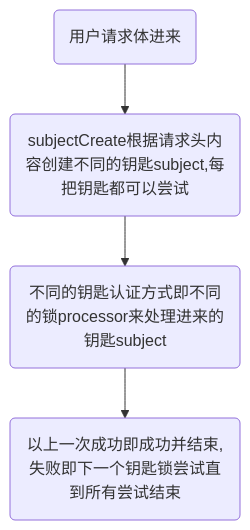
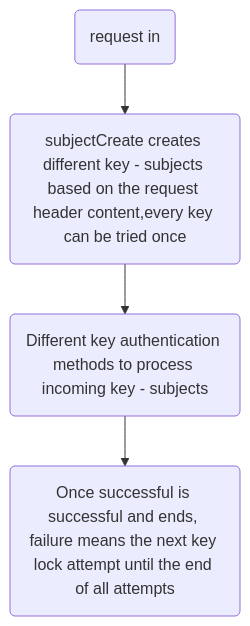
The diagram in docs/extend-point.md (dromara/sureness), drawn with Mermaid before and after one commit. The commit also changed other lines of this file and 67 other files, not shown here.

````diff
--- a/docs/extend-point.md
+++ b/docs/extend-point.md
@@ -16,7 +15,7 @@
 ```mermaid
 graph TD
-A(用户请求体进来) --> B(s)
-B(subjectCreate根据请求头内容创建不同的钥匙subject,每把钥匙都可以尝试) --> C(s)
-C(不同的钥匙认证方式即不同的锁processor来处理进来的钥匙subject) --> D(s)
-D(以上一次成功即成功并结束,失败即下一个钥匙锁尝试直到所有尝试结束)
+A(request in) --> B(s)
+B(subjectCreate creates different key - subjects based on the request header content,every key can be tried once) --> C(s)
+C(Different key authentication methods<differnet lock - processors> to process incoming key - subjects) --> D(s)
+D(Once successful is successful and ends, failure means the next key lock attempt until the end of all attempts)
 ```
````
